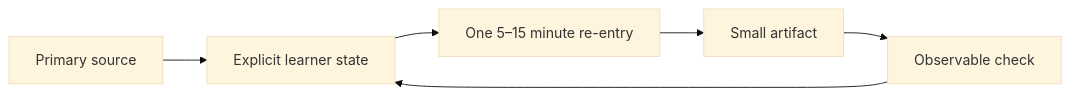
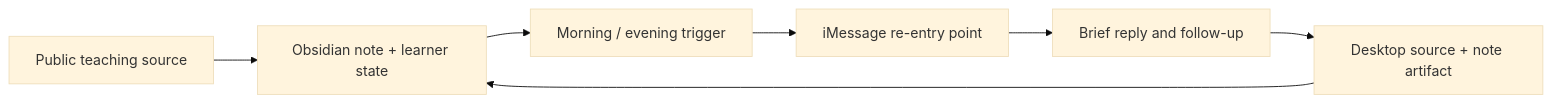
One commit to cheryljia27-commits/karpathy-course-tutor changed the diagram in README.md. Above: the diagram before and after it, drawn with Mermaid (base theme). The commit also changed other lines of this file and 30 other files, not shown here.

````diff
--- a/README.md
+++ b/README.md
@@ -76,8 +49,9 @@
 ```mermaid
 flowchart LR
-  A["Primary source"] --> B["Explicit learner state"]
-  B --> C["One 5–15 minute re-entry"]
-  C --> D["Small artifact"]
-  D --> E["Observable check"]
-  E --> B
+  A["Public teaching source"] --> B["Obsidian note + learner state"]
+  B --> C["Morning / evening trigger"]
+  C --> D["iMessage re-entry point"]
+  D --> E["Brief reply and follow-up"]
+  E --> F["Desktop source + note artifact"]
+  F --> B
 ```
````
